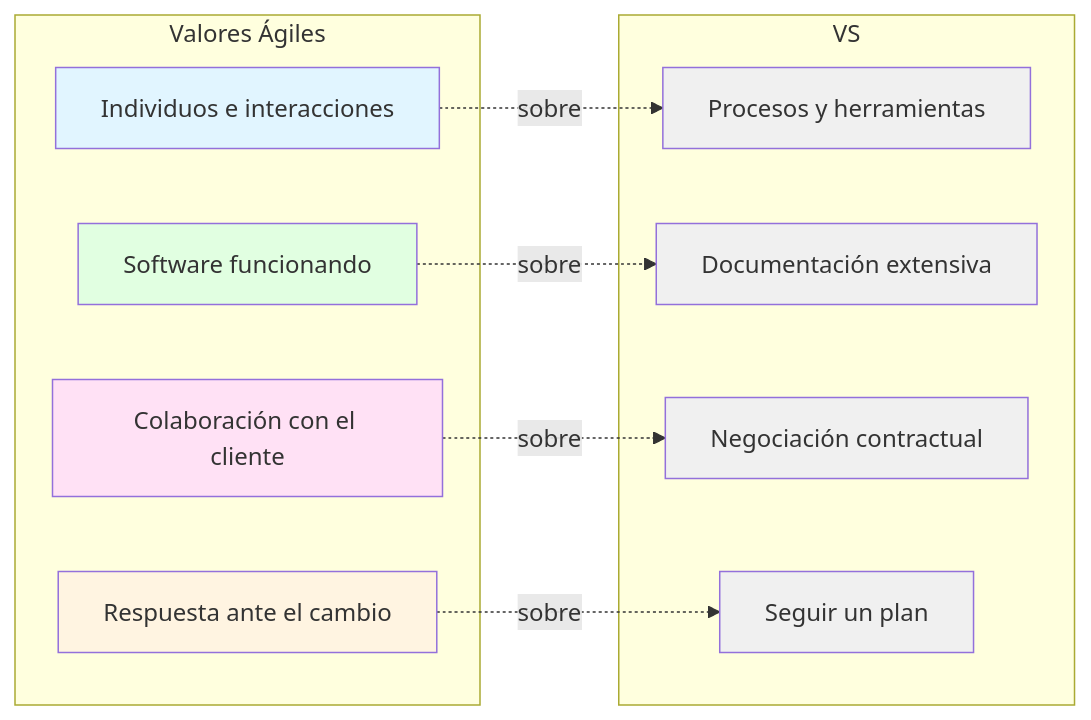
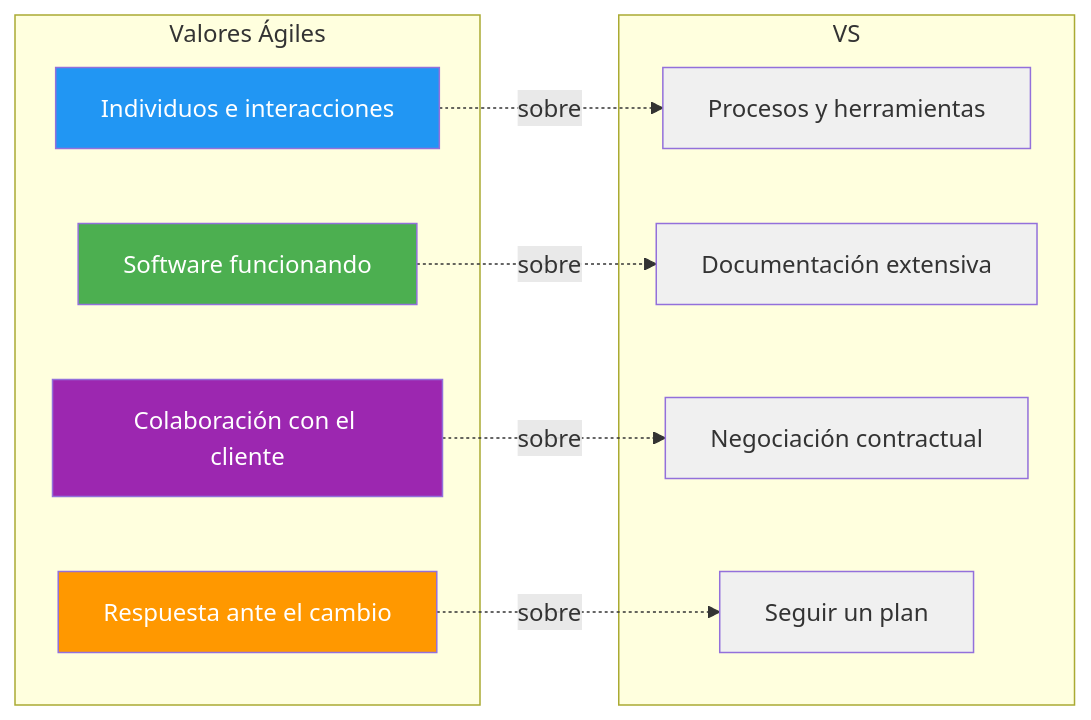
Before and after one commit to joseluisgs/EntornosDesarrollo-01-2026-2027: the fifth of 8 diagrams in 04-modelos-metodologias.md, drawn with Mermaid. The commit also changed other lines of this file and 9 other files, not shown here.

Commit message:
[fix] Mejoras didácticas y corrección de colores Mermaid en UD01

````diff
--- a/04-modelos-metodologias.md
+++ b/04-modelos-metodologias.md
@@ -232,30 +232,30 @@
 ```mermaid
 graph LR
     subgraph Valores Ágiles
         A[Individuos e interacciones]
         B[Software funcionando]
         C[Colaboración con el cliente]
         D[Respuesta ante el cambio]
     end
 
     subgraph "VS"
         E[Procesos y herramientas]
         F[Documentación extensiva]
         G[Negociación contractual]
         H[Seguir un plan]
     end
 
     A -.->|sobre| E
     B -.->|sobre| F
     C -.->|sobre| G
     D -.->|sobre| H
 
-    style A fill:#e1f5ff
-    style B fill:#e1ffe1
-    style C fill:#ffe1f5
-    style D fill:#fff4e1
+    style A fill:#2196F3,color:#fff
+    style B fill:#4CAF50,color:#fff
+    style C fill:#9C27B0,color:#fff
+    style D fill:#FF9800,color:#fff
     style E fill:#f0f0f0
     style F fill:#f0f0f0
     style G fill:#f0f0f0
     style H fill:#f0f0f0
 ```
````
